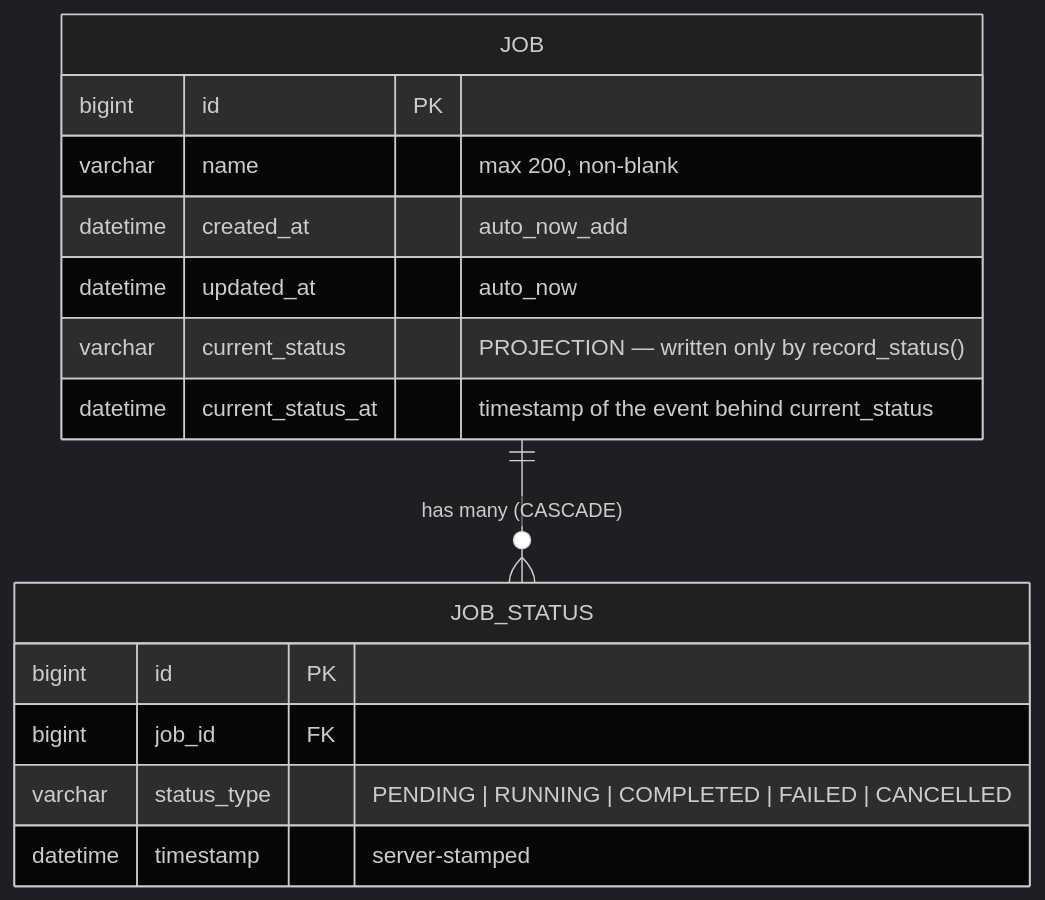
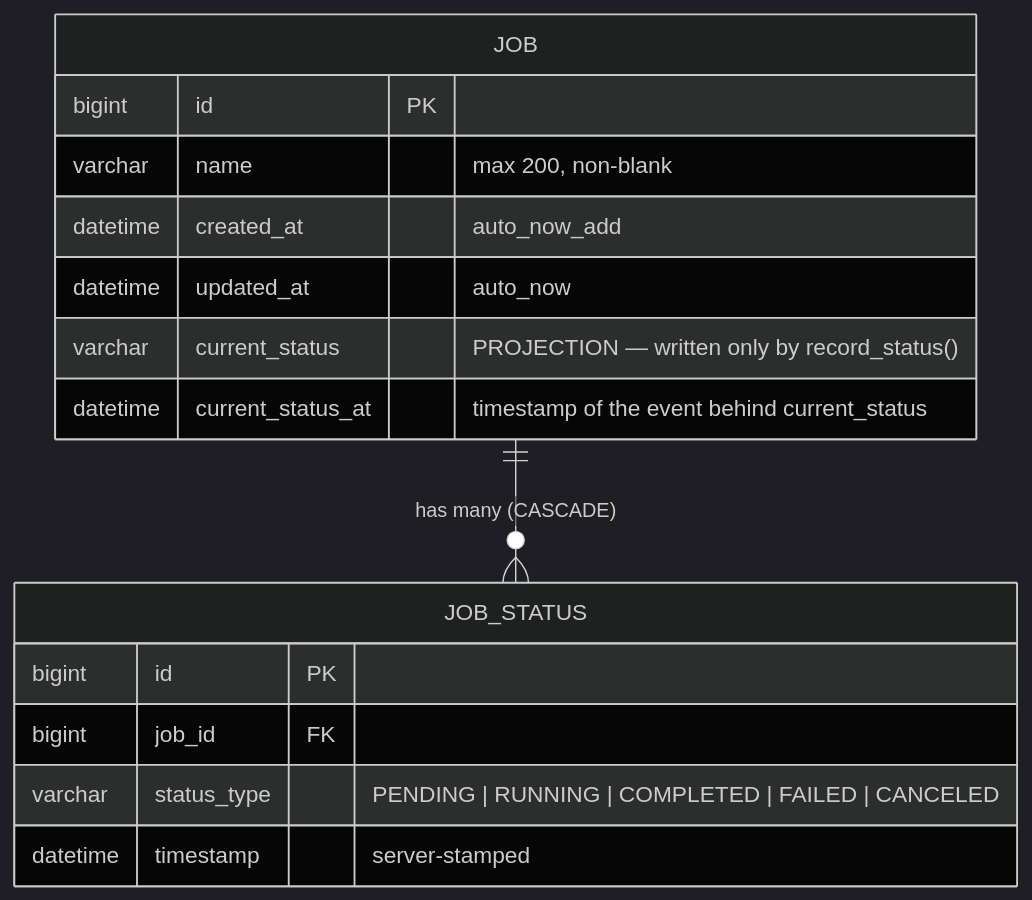
One commit to nina-jml/job-management-dashboard changed the second of 3 diagrams in docs/SPEC.md. Above: the diagram before and after it, drawn with Mermaid (dark theme). The commit also changed other lines of this file and 33 other files, not shown here.

````diff
--- a/docs/SPEC.md
+++ b/docs/SPEC.md
@@ -55,20 +55,20 @@
 ```mermaid
 erDiagram
     JOB ||--o{ JOB_STATUS : "has many (CASCADE)"
 
     JOB {
         bigint   id PK
         varchar  name "max 200, non-blank"
         datetime created_at "auto_now_add"
         datetime updated_at "auto_now"
         varchar  current_status "PROJECTION — written only by record_status()"
         datetime current_status_at "timestamp of the event behind current_status"
     }
 
     JOB_STATUS {
         bigint   id PK
         bigint   job_id FK
-        varchar  status_type "PENDING | RUNNING | COMPLETED | FAILED | CANCELLED"
+        varchar  status_type "PENDING | RUNNING | COMPLETED | FAILED | CANCELED"
         datetime timestamp "server-stamped"
     }
 ```
````
